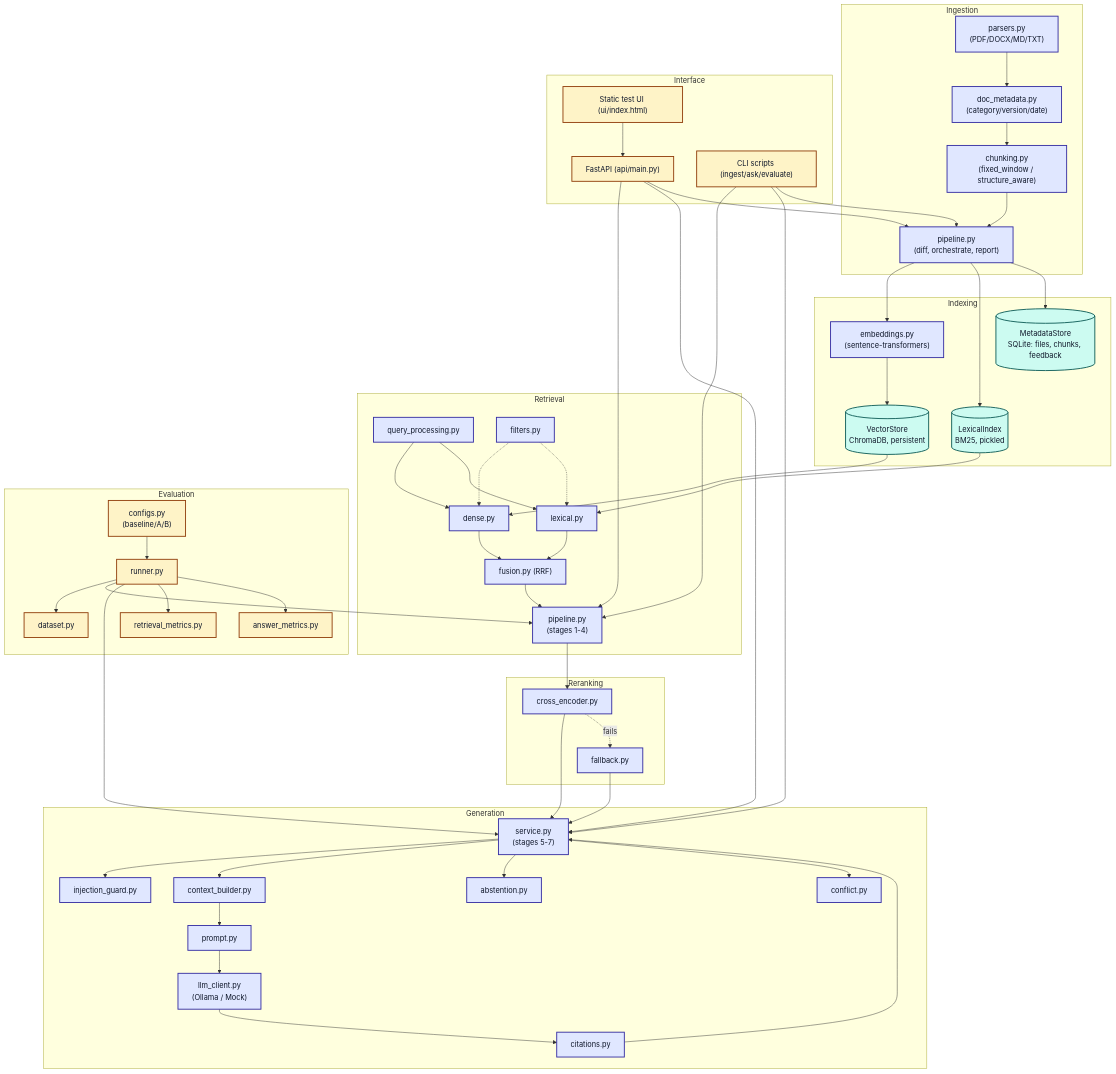
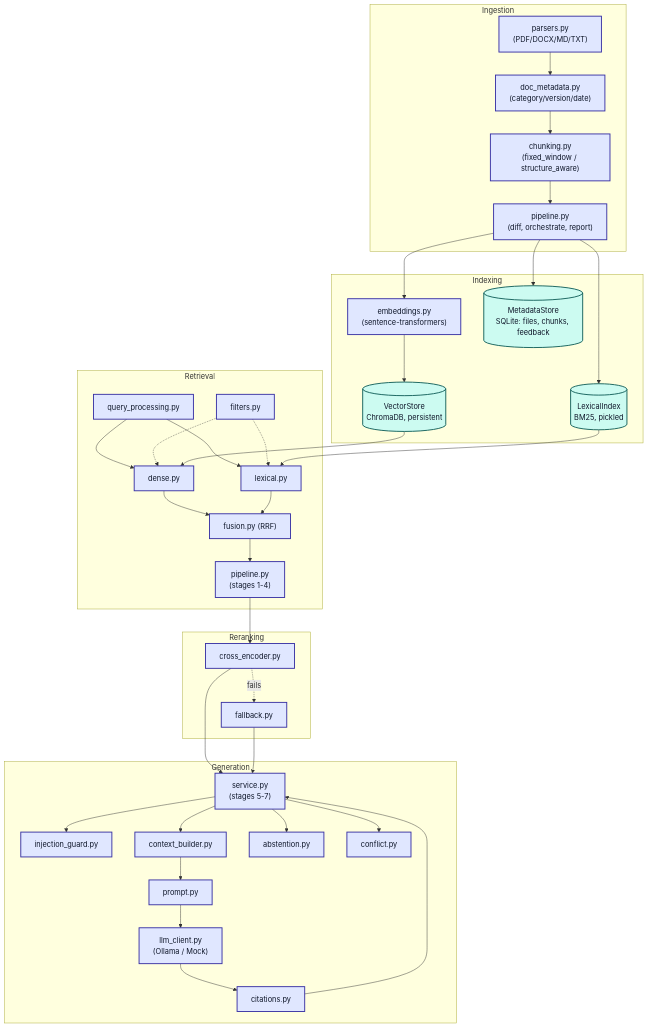
Before and after one commit to TPVinnie/documentation-assistant: the first of 3 diagrams in ARCHITECTURE.md, drawn with Mermaid. The commit also changed other lines of this file, not shown here.

Commit message:
Split the component diagram into two smaller diagrams
The single 7-subgraph, ~30-node diagram with many crossing/converging
edges was more prone to Mermaid's layout-engine "could not find a
suitable point for the given distance" error on GitHub than a simpler
diagram is. Split into 1.1 (the core ingestion -> indexing -> retrieval
-> reranking -> generation pipeline) and 1.2 (interfaces + evaluation,
referencing the core pipeline's two entry points as boundary nodes)
to reduce edge-routing complexity in each.

````diff
--- a/ARCHITECTURE.md
+++ b/ARCHITECTURE.md
@@ -43,20 +51,6 @@
         Service["service.py\n(stages 5-7)"]
     end
 
-    subgraph Interface
-        API["FastAPI (api/main.py)"]
-        UI["Static test UI (ui/index.html)"]
-        CLI["CLI scripts (ingest/ask/evaluate)"]
-    end
-
-    subgraph Evaluation
-        Dataset["dataset.py"]
-        RetrievalMetrics["retrieval_metrics.py"]
-        AnswerMetrics["answer_metrics.py"]
-        Runner["runner.py"]
-        Configs["configs.py\n(baseline/A/B)"]
-    end
-
     Parsers --> DocMeta --> Chunking --> Pipeline
     Pipeline --> Embeddings --> VectorStore
     Pipeline --> LexicalIndex
@@ -78,25 +72,8 @@
     Service --> Abstention
     Service --> Conflict
 
-    API --> RetrievalPipeline
-    API --> Service
-    API --> Pipeline
-    UI --> API
-    CLI --> RetrievalPipeline
-    CLI --> Service
-    CLI --> Pipeline
-
-    Runner --> Dataset
-    Runner --> RetrievalPipeline
-    Runner --> Service
-    Runner --> RetrievalMetrics
-    Runner --> AnswerMetrics
-    Configs --> Runner
-
     classDef proc fill:#e0e7ff,stroke:#3730a3,color:#0f172a,stroke-width:2px;
     classDef db fill:#ccfbf1,stroke:#115e59,color:#0f172a,stroke-width:2px;
-    classDef iface fill:#fef3c7,stroke:#92400e,color:#0f172a,stroke-width:2px;
     class Parsers,DocMeta,Chunking,Pipeline,Embeddings,QueryProc,Dense,Lexical,Fusion,Filters,RetrievalPipeline,CrossEncoder,Fallback,InjectionGuard,ContextBuilder,Prompt,LLMClient,Citations,Abstention,Conflict,Service proc;
     class VectorStore,LexicalIndex,MetadataStore db;
-    class API,UI,CLI,Dataset,RetrievalMetrics,AnswerMetrics,Runner,Configs iface;
 ```
````
